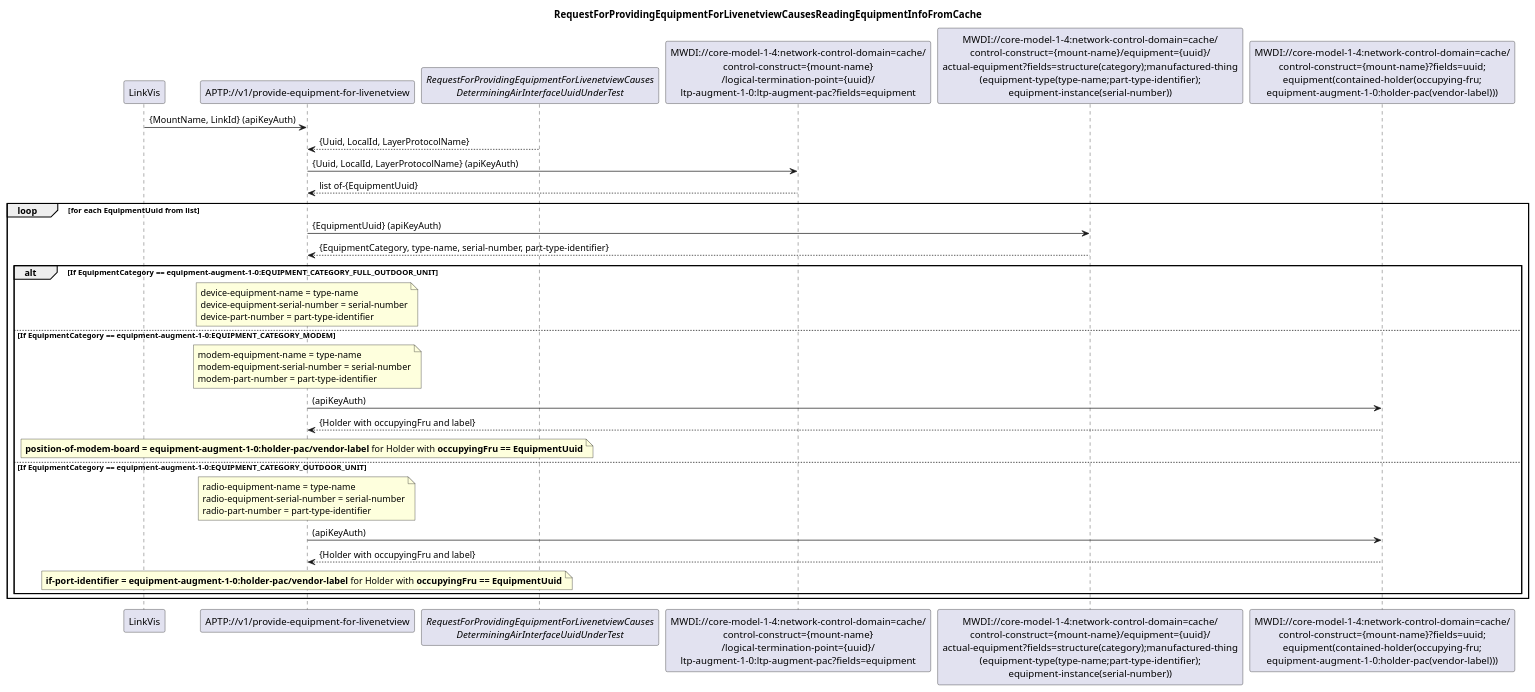
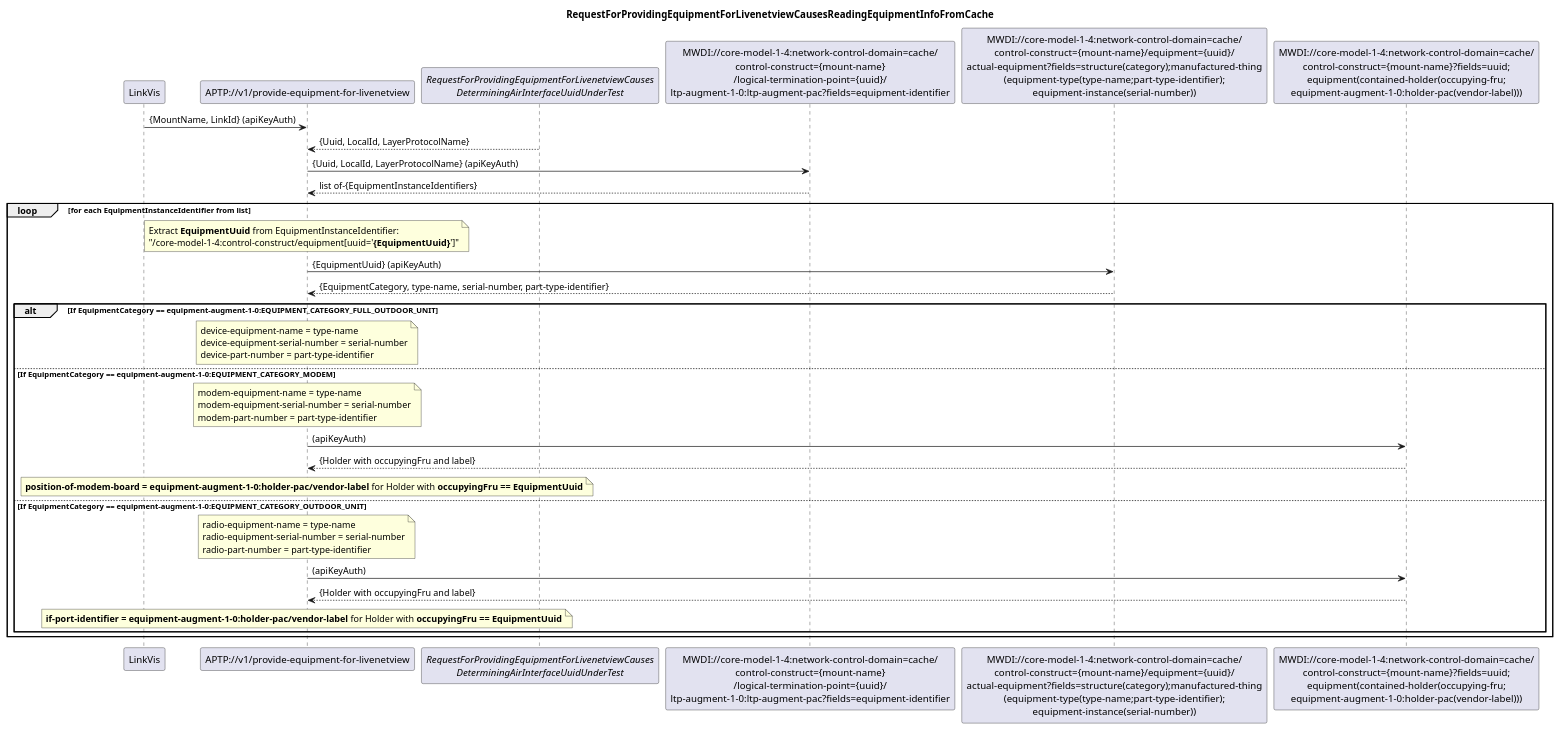
One commit to openBackhaul/AccessPlanningToolProxy changed the diagram in spec/diagrams/ProvideEquipmentInfoForLivenetview/307_ReadingEquipmentInfoFromCache.plantuml. Above: the diagram before and after it, drawn with PlantUML. The commit also changed 4 other files, not shown here.

Commit message:
Replace deprecated ONF equipment leafrefs with equivalent instanceIdentifiers for ProvideEquipmentInfoForLivenetview

```diff
--- a/spec/diagrams/ProvideEquipmentInfoForLivenetview/307_ReadingEquipmentInfoFromCache.plantuml
+++ b/spec/diagrams/ProvideEquipmentInfoForLivenetview/307_ReadingEquipmentInfoFromCache.plantuml
@@ -1,67 +1,71 @@
 @startuml 307_ReadingEquipmentInfoFromCache
 skinparam responseMessageBelowArrow true
 
 title
 RequestForProvidingEquipmentForLivenetviewCausesReadingEquipmentInfoFromCache
 end title
 
 participant "LinkVis" as LinkVis
 participant "APTP://v1/provide-equipment-for-livenetview" as liveEquipment
 participant "<i>RequestForProvidingEquipmentForLivenetviewCauses\n<i>DeterminingAirInterfaceUuidUnderTest</i>" as InterfaceUnderTest
-participant "MWDI://core-model-1-4:network-control-domain=cache/\ncontrol-construct={mount-name}\n/logical-termination-point={uuid}/\nltp-augment-1-0:ltp-augment-pac?fields=equipment" as EquipmentUuid
+participant "MWDI://core-model-1-4:network-control-domain=cache/\ncontrol-construct={mount-name}\n/logical-termination-point={uuid}/\nltp-augment-1-0:ltp-augment-pac?fields=equipment-identifier" as EquipmentInstanceIdentifiers
 participant "MWDI://core-model-1-4:network-control-domain=cache/\ncontrol-construct={mount-name}/equipment={uuid}/\nactual-equipment?fields=structure(category);manufactured-thing\n(equipment-type(type-name;part-type-identifier);\nequipment-instance(serial-number))" as RadioComponentIdentifiers
 participant "MWDI://core-model-1-4:network-control-domain=cache/\ncontrol-construct={mount-name}?fields=uuid;\nequipment(contained-holder(occupying-fru;\nequipment-augment-1-0:holder-pac(vendor-label)))" as HolderLabel
 
 LinkVis -> liveEquipment: {MountName, LinkId} (apiKeyAuth)
 
 InterfaceUnderTest --> liveEquipment: {Uuid, LocalId, LayerProtocolName} 
 
-liveEquipment -> EquipmentUuid: {Uuid, LocalId, LayerProtocolName} (apiKeyAuth)
-EquipmentUuid --> liveEquipment: list of-{EquipmentUuid}
+liveEquipment -> EquipmentInstanceIdentifiers: {Uuid, LocalId, LayerProtocolName} (apiKeyAuth)
+EquipmentInstanceIdentifiers --> liveEquipment: list of-{EquipmentInstanceIdentifiers}
 
 
-loop for each EquipmentUuid from list
+loop for each EquipmentInstanceIdentifier from list
+    note over liveEquipment
+       Extract **EquipmentUuid** from EquipmentInstanceIdentifier:
+       "/core-model-1-4:control-construct/equipment[uuid='**{EquipmentUuid}**']"
+    end note
 
     liveEquipment -> RadioComponentIdentifiers: {EquipmentUuid} (apiKeyAuth)
     RadioComponentIdentifiers --> liveEquipment: {EquipmentCategory, type-name, serial-number, part-type-identifier}
 
     alt If EquipmentCategory == equipment-augment-1-0:EQUIPMENT_CATEGORY_FULL_OUTDOOR_UNIT
         note over liveEquipment
             device-equipment-name = type-name
             device-equipment-serial-number = serial-number
             device-part-number = part-type-identifier
         end note
 
     else If EquipmentCategory == equipment-augment-1-0:EQUIPMENT_CATEGORY_MODEM
         note over liveEquipment    
             modem-equipment-name = type-name
             modem-equipment-serial-number = serial-number
             modem-part-number = part-type-identifier    
         end note
 
         liveEquipment -> HolderLabel: (apiKeyAuth)
         HolderLabel --> liveEquipment: {Holder with occupyingFru and label}
         note over liveEquipment    
             **position-of-modem-board = equipment-augment-1-0:holder-pac/vendor-label** for Holder with **occupyingFru == EquipmentUuid**
         end note
 
 
     else  If EquipmentCategory == equipment-augment-1-0:EQUIPMENT_CATEGORY_OUTDOOR_UNIT
         note over liveEquipment        
         radio-equipment-name = type-name
         radio-equipment-serial-number = serial-number
         radio-part-number = part-type-identifier
         end note
 
         liveEquipment -> HolderLabel: (apiKeyAuth)
         HolderLabel --> liveEquipment: {Holder with occupyingFru and label}
         note over liveEquipment    
             **if-port-identifier = equipment-augment-1-0:holder-pac/vendor-label** for Holder with **occupyingFru == EquipmentUuid**
         end note
 
 
     end
  
 
 end
 @enduml
```
